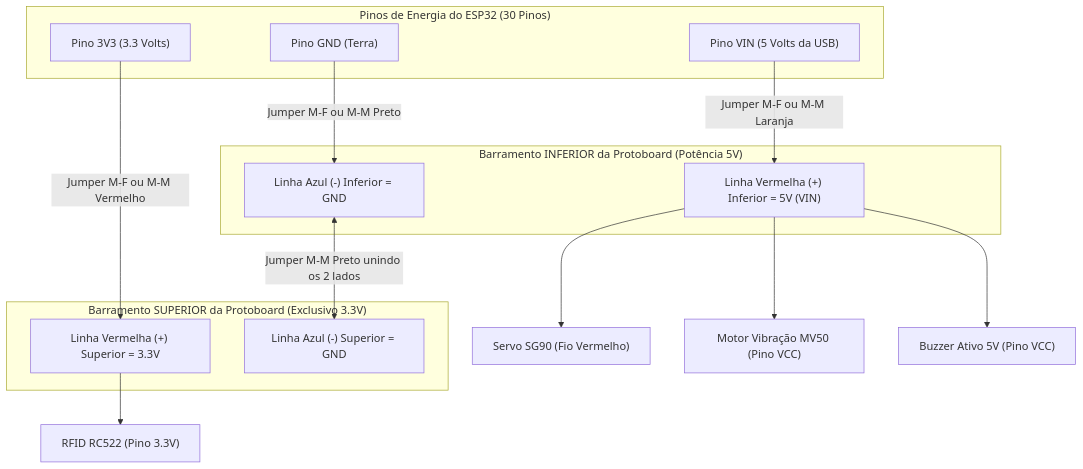
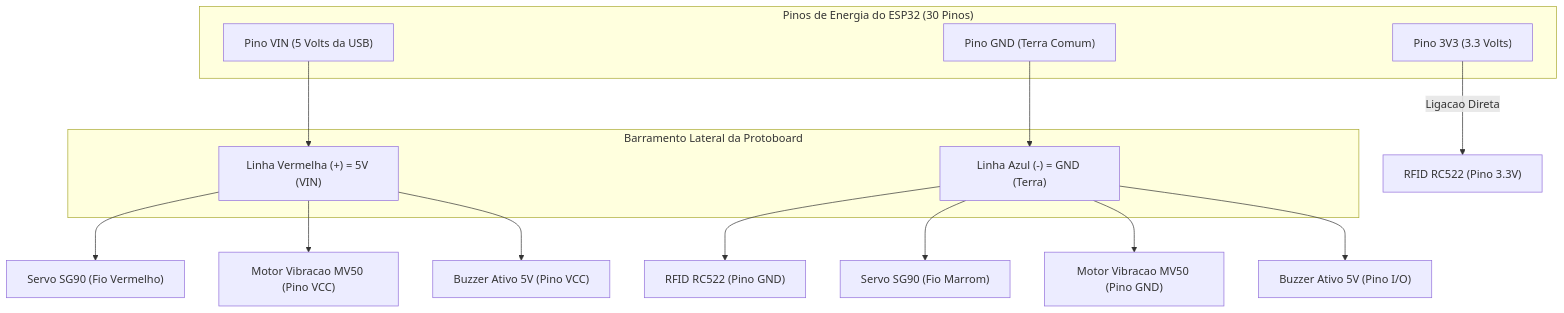
One commit to carlosmontelima/sistema_multissensorial changed the diagram in docs/GUIA_DE_MONTAGEM.md. Above: the diagram before and after it, drawn with Mermaid. The commit also changed other lines of this file and 3 other files, not shown here.

Commit message:
docs & firmware: atualiza pinagem validada em bancada, controle estavel do servo e chaveamento do buzzer

````diff
--- a/docs/GUIA_DE_MONTAGEM.md
+++ b/docs/GUIA_DE_MONTAGEM.md
@@ -29,28 +22,27 @@
 ```mermaid
 flowchart TD
-    subgraph ESP32_POWER ["Pinos de Energia do ESP32 (30 Pinos)"]
+    subgraph ESP32 ["Pinos de Energia do ESP32 (30 Pinos)"]
         P_3V3["Pino 3V3 (3.3 Volts)"]
         P_VIN["Pino VIN (5 Volts da USB)"]
-        P_GND["Pino GND (Terra)"]
+        P_GND["Pino GND (Terra Comum)"]
     end
 
-    subgraph PROTO_SUP ["Barramento SUPERIOR da Protoboard (Exclusivo 3.3V)"]
-        SUP_POS["Linha Vermelha (+) Superior = 3.3V"]
-        SUP_NEG["Linha Azul (-) Superior = GND"]
+    subgraph PROTO ["Barramento Lateral da Protoboard"]
+        LINHA_VERMELHA["Linha Vermelha (+) = 5V (VIN)"]
+        LINHA_AZUL["Linha Azul (-) = GND (Terra)"]
     end
 
-    subgraph PROTO_INF ["Barramento INFERIOR da Protoboard (Potência 5V)"]
-        INF_POS["Linha Vermelha (+) Inferior = 5V (VIN)"]
-        INF_NEG["Linha Azul (-) Inferior = GND"]
-    end
+    P_VIN --> LINHA_VERMELHA
+    P_GND --> LINHA_AZUL
 
-    P_3V3 -->|Jumper M-F ou M-M Vermelho| SUP_POS
-    P_VIN -->|Jumper M-F ou M-M Laranja| INF_POS
-    P_GND -->|Jumper M-F ou M-M Preto| INF_NEG
-    INF_NEG <-->|Jumper M-M Preto unindo os 2 lados| SUP_NEG
+    P_3V3 -->|Ligacao Direta| RFID_3V3["RFID RC522 (Pino 3.3V)"]
 
-    SUP_POS --> RFID_V["RFID RC522 (Pino 3.3V)"]
-    INF_POS --> SERVO_V["Servo SG90 (Fio Vermelho)"]
-    INF_POS --> VIB_V["Motor Vibração MV50 (Pino VCC)"]
-    INF_POS --> BUZ_V["Buzzer Ativo 5V (Pino VCC)"]
+    LINHA_VERMELHA --> SERVO_VCC["Servo SG90 (Fio Vermelho)"]
+    LINHA_VERMELHA --> VIB_VCC["Motor Vibracao MV50 (Pino VCC)"]
+    LINHA_VERMELHA --> BUZ_VCC["Buzzer Ativo 5V (Pino VCC)"]
+
+    LINHA_AZUL --> RFID_GND["RFID RC522 (Pino GND)"]
+    LINHA_AZUL --> SERVO_GND["Servo SG90 (Fio Marrom)"]
+    LINHA_AZUL --> VIB_GND["Motor Vibracao MV50 (Pino GND)"]
+    LINHA_AZUL --> BUZ_IO["Buzzer Ativo 5V (Pino I/O)"]
 ```
````
